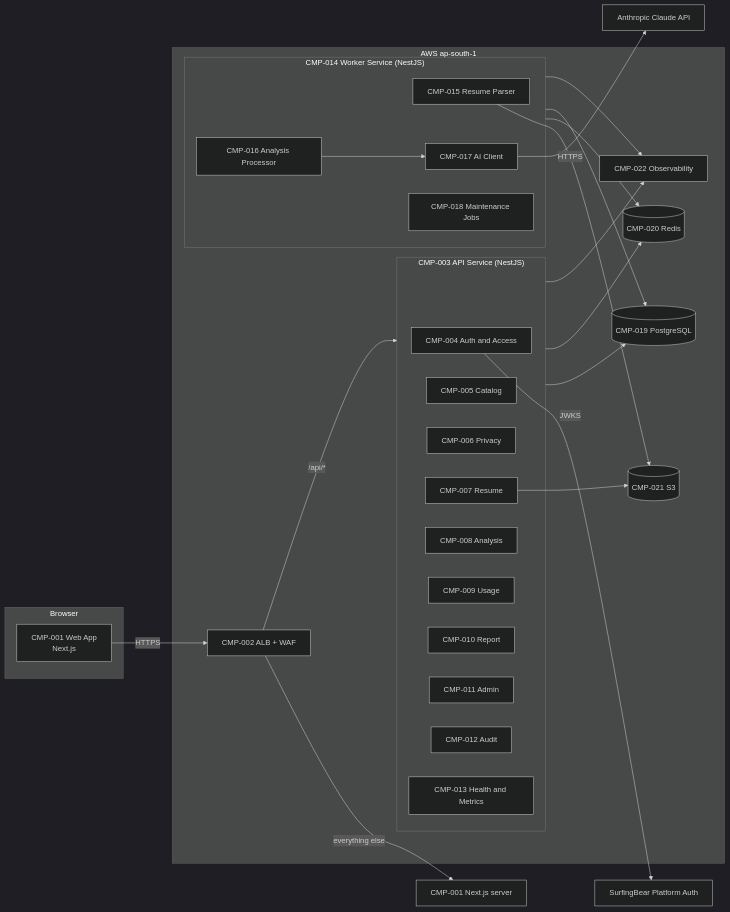
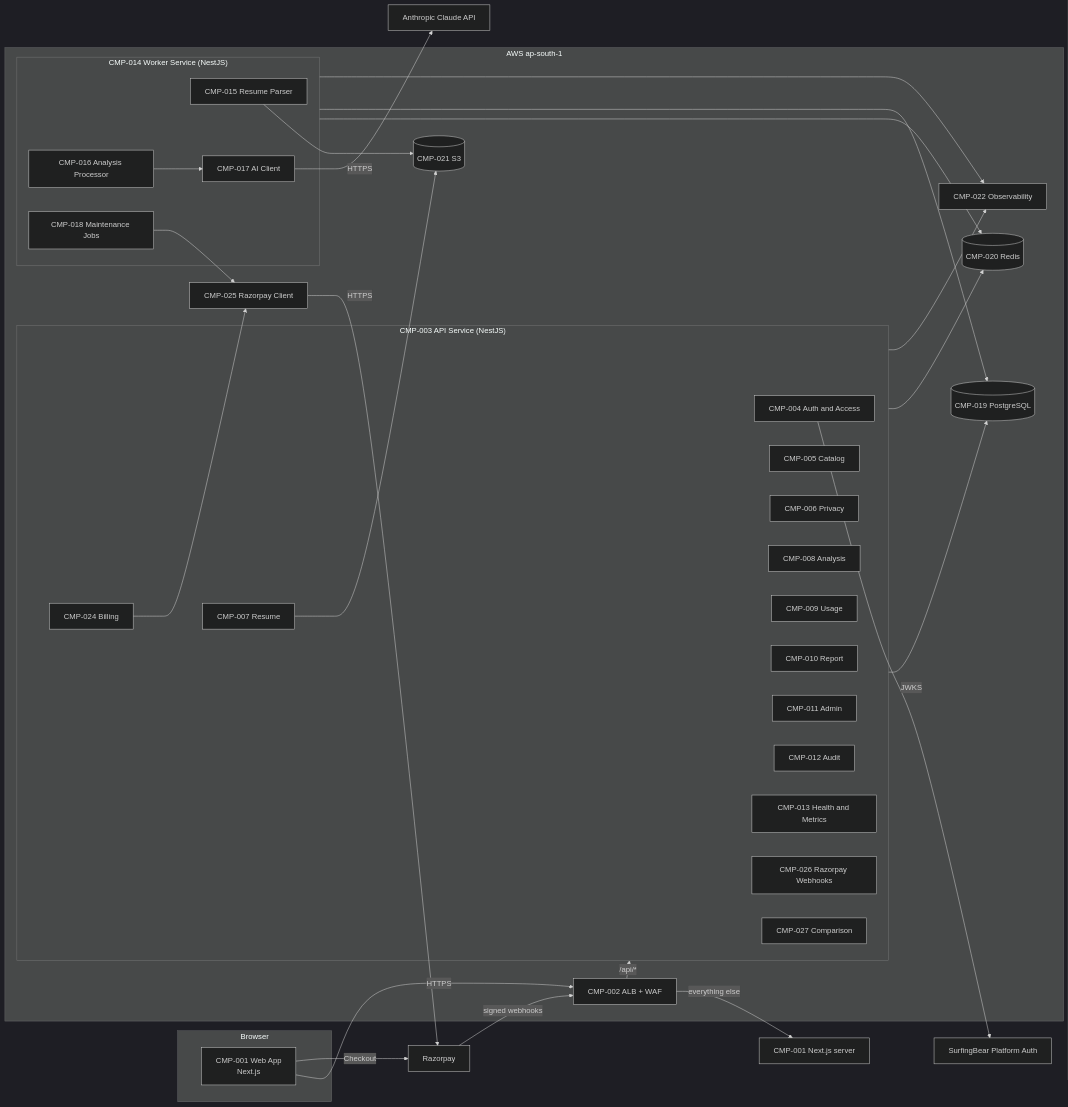
The second of 15 diagrams in neeraj/spec.md (divii-school/spec-homework), drawn with Mermaid (dark theme) before and after one commit. The commit also changed other lines of this file, not shown here.

Commit message:
round 2: architecture for Resume Pro - CMP-024 to CMP-027, subscribe/renewal/cancel/compare flows, subscription state machine, Razorpay integration and outage row, P-05/P-06, Pro terms, metrics and alarms, billing rules (sections 2, 4)

````diff
--- a/neeraj/spec.md
+++ b/neeraj/spec.md
@@ -740,48 +745,58 @@
 ```mermaid
 flowchart LR
   subgraph Browser
     WEB[CMP-001 Web App<br/>Next.js]
   end
   subgraph AWS["AWS ap-south-1"]
     EDGE[CMP-002 ALB + WAF]
     subgraph API["CMP-003 API Service (NestJS)"]
       GUARDS[CMP-004 Auth and Access]
       CAT[CMP-005 Catalog]
       PRIV[CMP-006 Privacy]
       RES[CMP-007 Resume]
       ANA[CMP-008 Analysis]
       USE[CMP-009 Usage]
       REP[CMP-010 Report]
       ADM[CMP-011 Admin]
       AUD[CMP-012 Audit]
       HLT[CMP-013 Health and Metrics]
+      BILL[CMP-024 Billing]
+      WH[CMP-026 Razorpay Webhooks]
+      CMPR[CMP-027 Comparison]
     end
     subgraph WORKER["CMP-014 Worker Service (NestJS)"]
       PARSER[CMP-015 Resume Parser]
       PROC[CMP-016 Analysis Processor]
       AIC[CMP-017 AI Client]
       MAINT[CMP-018 Maintenance Jobs]
     end
     PG[(CMP-019 PostgreSQL)]
     RD[(CMP-020 Redis)]
     S3[(CMP-021 S3)]
     OBS[CMP-022 Observability]
+    RZPC[CMP-025 Razorpay Client]
   end
   PLAT[SurfingBear Platform Auth]
   CLAUDE[Anthropic Claude API]
+  RZP[Razorpay]
 
   WEB -->|HTTPS| EDGE
   EDGE -->|/api/*| API
   EDGE -->|everything else| WEBSRV[CMP-001 Next.js server]
   GUARDS -->|JWKS| PLAT
   API --> PG
   API --> RD
   RES --> S3
   WORKER --> RD
   WORKER --> PG
   PARSER --> S3
   PROC --> AIC
   AIC -->|HTTPS| CLAUDE
+  BILL --> RZPC
+  MAINT --> RZPC
+  RZPC -->|HTTPS| RZP
+  WEB -->|Checkout| RZP
+  RZP -->|signed webhooks| EDGE
   API --> OBS
   WORKER --> OBS
 ```
````
